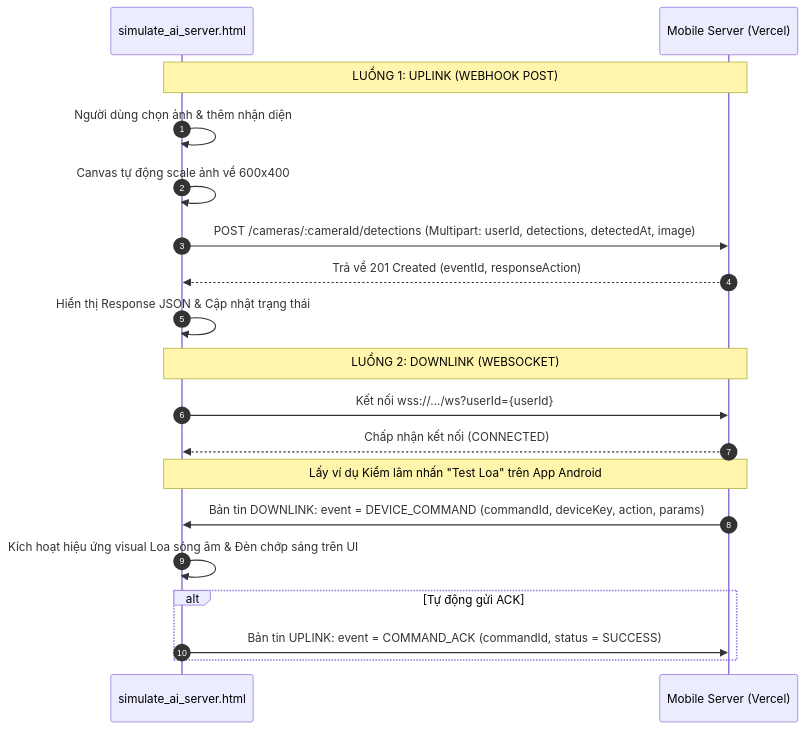
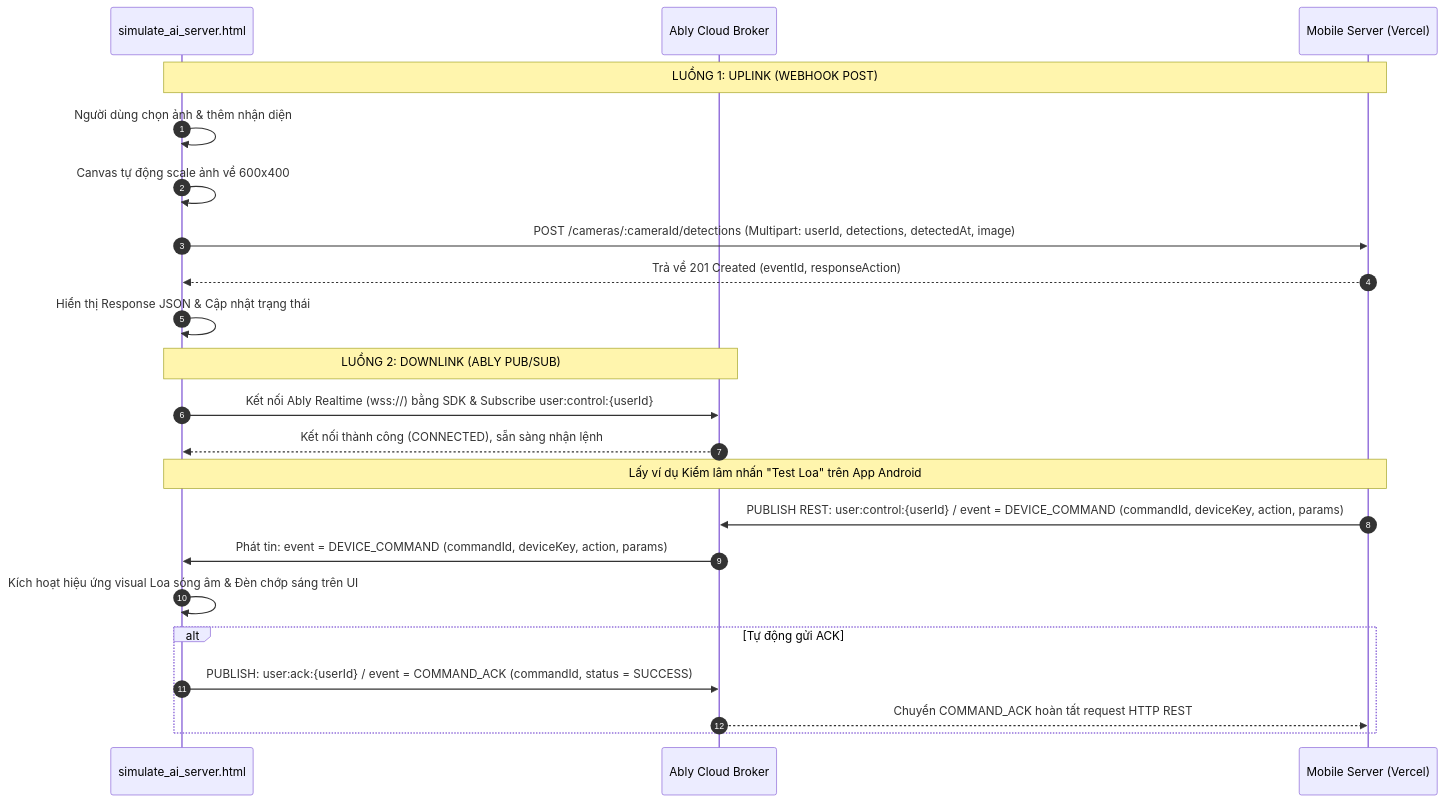
The diagram in html_tool/simulate_ai_server_plan.md (trungnguyenthien/Wildlife-Warning-and-Deterrence-System), drawn with Mermaid before and after one commit. The commit also changed other lines of this file, not shown here.

Commit message:
docs: update AI simulation server planning document with current implementation details

````diff
--- a/html_tool/simulate_ai_server_plan.md
+++ b/html_tool/simulate_ai_server_plan.md
@@ -72,23 +73,26 @@
 ```mermaid
 sequenceDiagram
     autonumber
     participant Client as simulate_ai_server.html
+    participant Ably as Ably Cloud Broker
     participant MobServer as Mobile Server (Vercel)
 
     Note over Client, MobServer: LUỒNG 1: UPLINK (WEBHOOK POST)
     Client->>Client: Người dùng chọn ảnh & thêm nhận diện
     Client->>Client: Canvas tự động scale ảnh về 600x400
     Client->>MobServer: POST /cameras/:cameraId/detections (Multipart: userId, detections, detectedAt, image)
     MobServer-->>Client: Trả về 201 Created (eventId, responseAction)
     Client->>Client: Hiển thị Response JSON & Cập nhật trạng thái
 
-    Note over Client, MobServer: LUỒNG 2: DOWNLINK (WEBSOCKET)
-    Client->>MobServer: Kết nối wss://.../ws?userId={userId}
-    MobServer-->>Client: Chấp nhận kết nối (CONNECTED)
+    Note over Client, Ably: LUỒNG 2: DOWNLINK (ABLY PUB/SUB)
+    Client->>Ably: Kết nối Ably Realtime (wss://) bằng SDK & Subscribe user:control:{userId}
+    Ably-->>Client: Kết nối thành công (CONNECTED), sẵn sàng nhận lệnh
     Note over MobServer, Client: Lấy ví dụ Kiểm lâm nhấn "Test Loa" trên App Android
-    MobServer->>Client: Bản tin DOWNLINK: event = DEVICE_COMMAND (commandId, deviceKey, action, params)
+    MobServer->>Ably: PUBLISH REST: user:control:{userId} / event = DEVICE_COMMAND (commandId, deviceKey, action, params)
+    Ably->>Client: Phát tin: event = DEVICE_COMMAND (commandId, deviceKey, action, params)
     Client->>Client: Kích hoạt hiệu ứng visual Loa sóng âm & Đèn chớp sáng trên UI
     alt Tự động gửi ACK
-        Client->>MobServer: Bản tin UPLINK: event = COMMAND_ACK (commandId, status = SUCCESS)
+        Client->>Ably: PUBLISH: user:ack:{userId} / event = COMMAND_ACK (commandId, status = SUCCESS)
+        Ably-->>MobServer: Chuyển COMMAND_ACK hoàn tất request HTTP REST
     end
 ```
````
